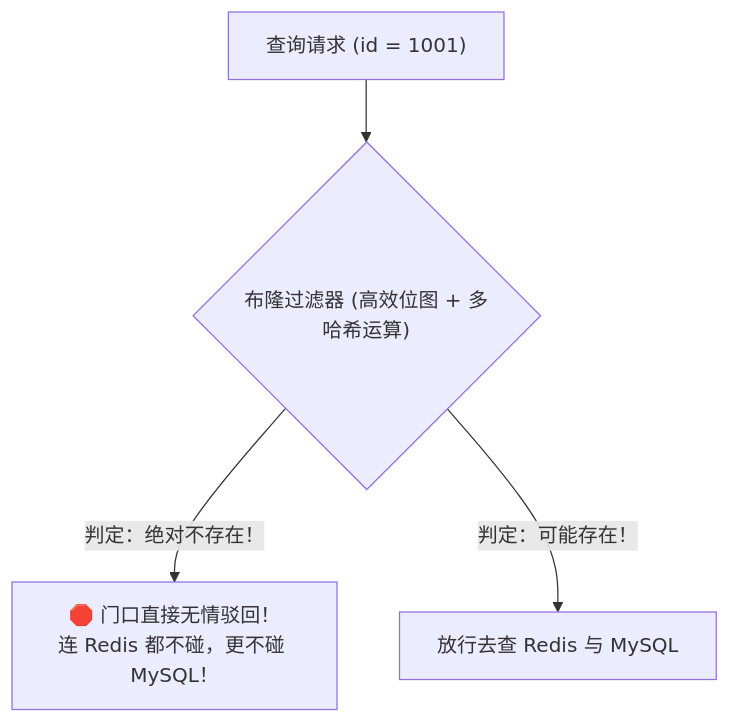
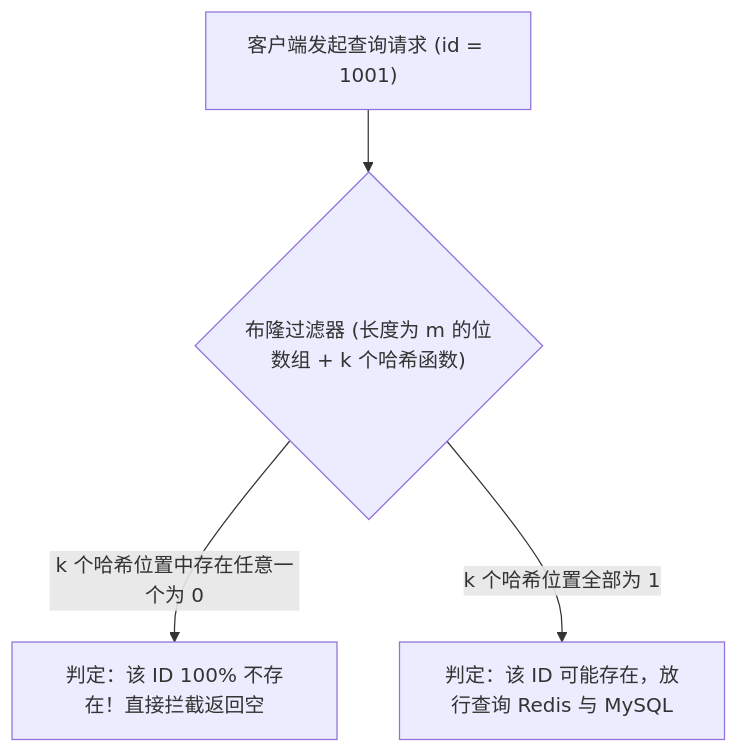
Before and after one commit to GuoWWWX/knowledge-base: the second of 4 diagrams in 20-Java后端/05-数据库与存储/07-缓存穿透-击穿-雪崩.md, drawn with Mermaid. The commit also changed other lines of this file and 251 other files, not shown here.

````diff
--- a/20-Java后端/05-数据库与存储/07-缓存穿透-击穿-雪崩.md
+++ b/20-Java后端/05-数据库与存储/07-缓存穿透-击穿-雪崩.md
@@ -68,6 +65,6 @@
 ```mermaid
 flowchart TD
-    Req["查询请求 (id = 1001)"] --> BF{"布隆过滤器 (高效位图 + 多哈希运算)"}
-    BF -- "判定：绝对不存在！" --> Reject["🛑 门口直接无情驳回！<br/>连 Redis 都不碰，更不碰 MySQL！"]
-    BF -- "判定：可能存在！" --> Cache["放行去查 Redis 与 MySQL"]
+    Req["客户端发起查询请求 (id = 1001)"] --> BF{"布隆过滤器 (长度为 m 的位数组 + k 个哈希函数)"}
+    BF -- "k 个哈希位置中存在任意一个为 0" --> Reject["判定：该 ID 100% 不存在！直接拦截返回空"]
+    BF -- "k 个哈希位置全部为 1" --> Pass["判定：该 ID 可能存在，放行查询 Redis 与 MySQL"]
 ```
````
